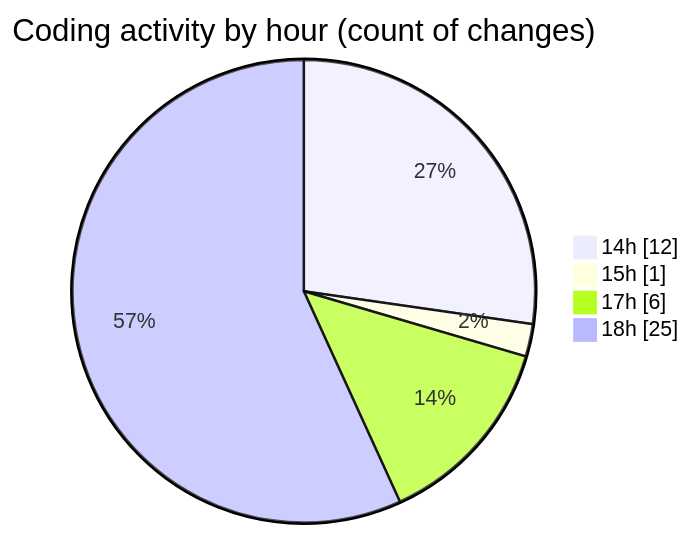
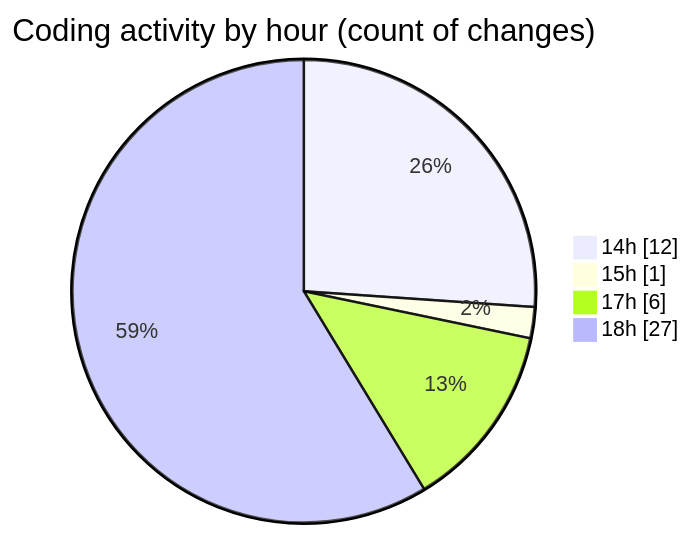
The second of 2 diagrams in 2025-12-16/cda/README.md (momahboobian/code-tracking), drawn with Mermaid before and after one commit. The commit also changed other lines of this file and 1 other file, not shown here.

````diff
--- a/2025-12-16/cda/README.md
+++ b/2025-12-16/cda/README.md
@@ -35,8 +36,8 @@
 ```mermaid
 pie showData
 title Coding activity by hour (count of changes)
 "14h" : 12
 "15h" : 1
 "17h" : 6
-"18h" : 25
+"18h" : 27
 ```
````
